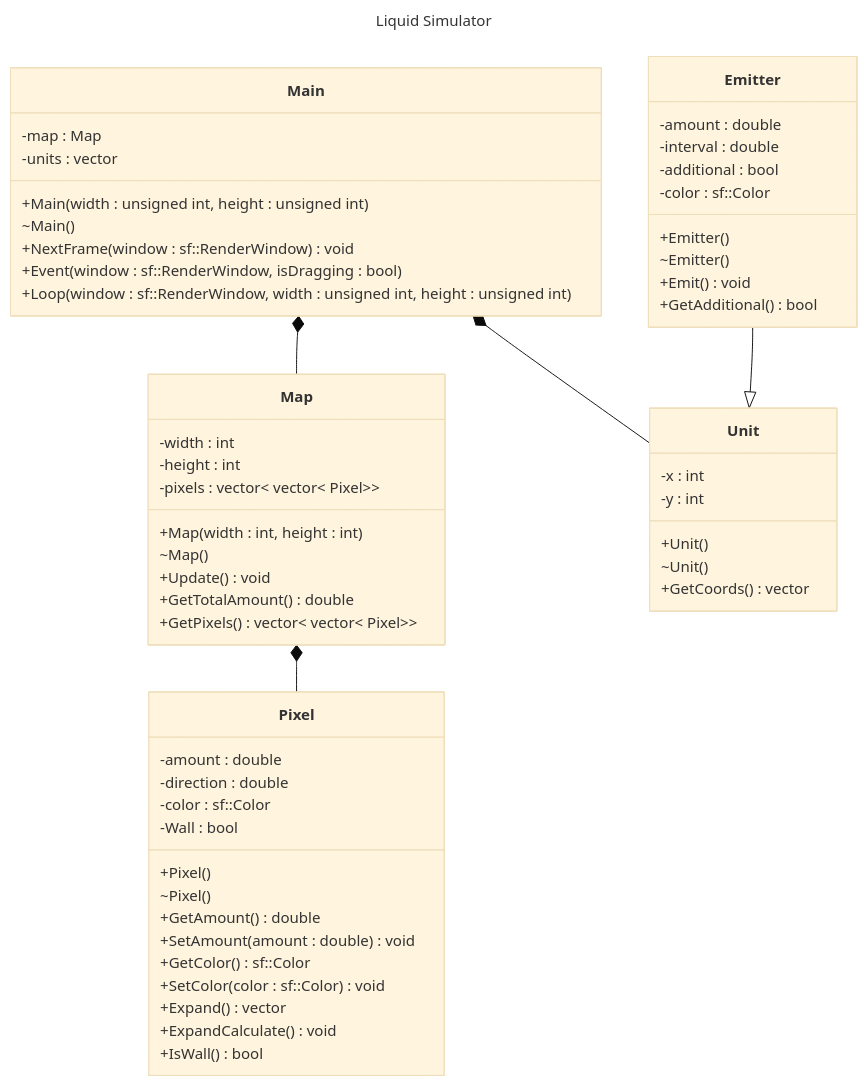
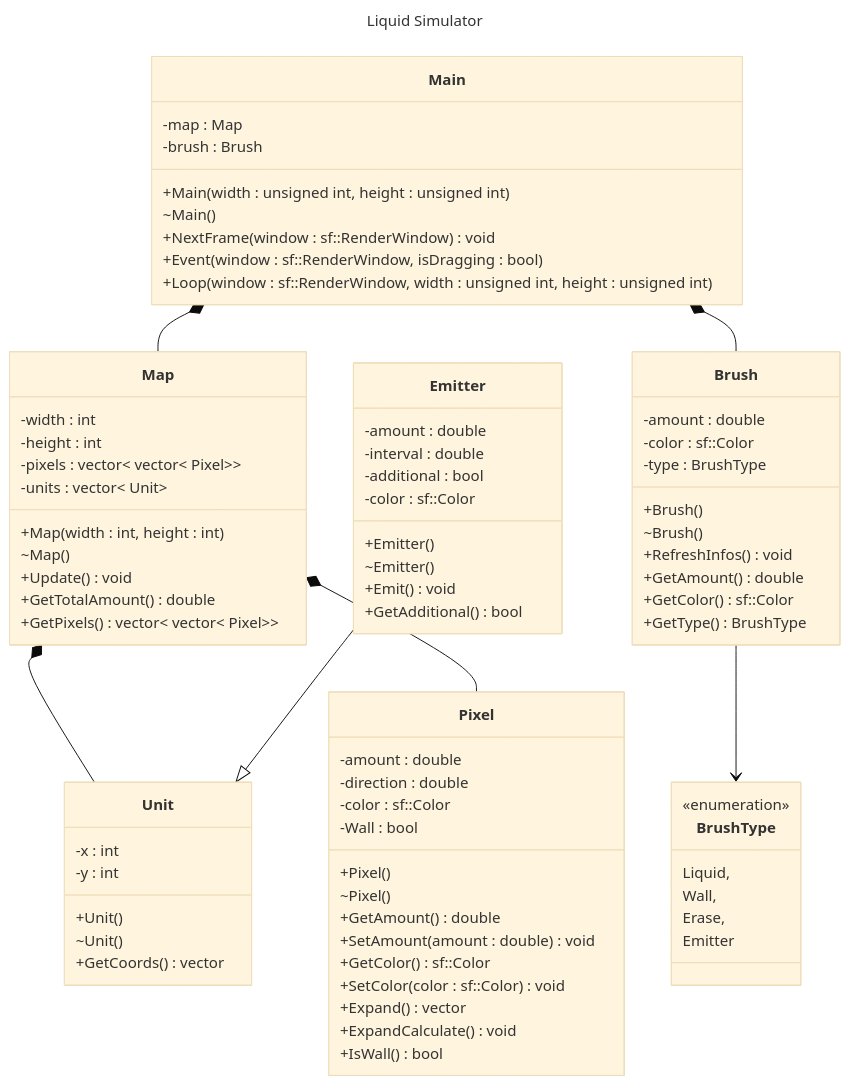
The diagram in README.md (LogicLoic/Liquid-Simulator), drawn with Mermaid (base theme) before and after one commit.

Commit message:
Update conception
Added Brush feature
Also moved vector<Unit> from Main to Map

````diff
--- a/README.md
+++ b/README.md
@@ -7,7 +7,7 @@
 classDiagram
     class Main{
         -map : Map
-        -units : vector<Unit>
+        -brush : Brush
 
         +Main(width : unsigned int, height : unsigned int)
         ~Main()
@@ -20,6 +20,7 @@
         -width : int
         -height : int
         -pixels : vector< vector< Pixel>>
+        -units : vector< Unit>
         
         +Map(width : int, height : int)
         ~Map()
@@ -66,9 +67,32 @@
         +GetAdditional() bool
     }
 
+    class Brush{
+        -amount : double
+        -color : sf::Color
+        -type : BrushType
+
+        +Brush()
+        ~Brush()
+        +RefreshInfos() void
+        +GetAmount() double
+        +GetColor() sf::Color
+        +GetType() BrushType
+    } 
+
+    class BrushType{
+        <<enumeration>>
+        Liquid,
+        Wall,
+        Erase,
+        Emitter
+    }
+
     Main *-- Map
-    Main *-- Unit
+    Map *-- Unit
+    Main *-- Brush
     Map *-- Pixel
+    Brush --> BrushType
     Emitter --|> Unit
 
 ```
````
